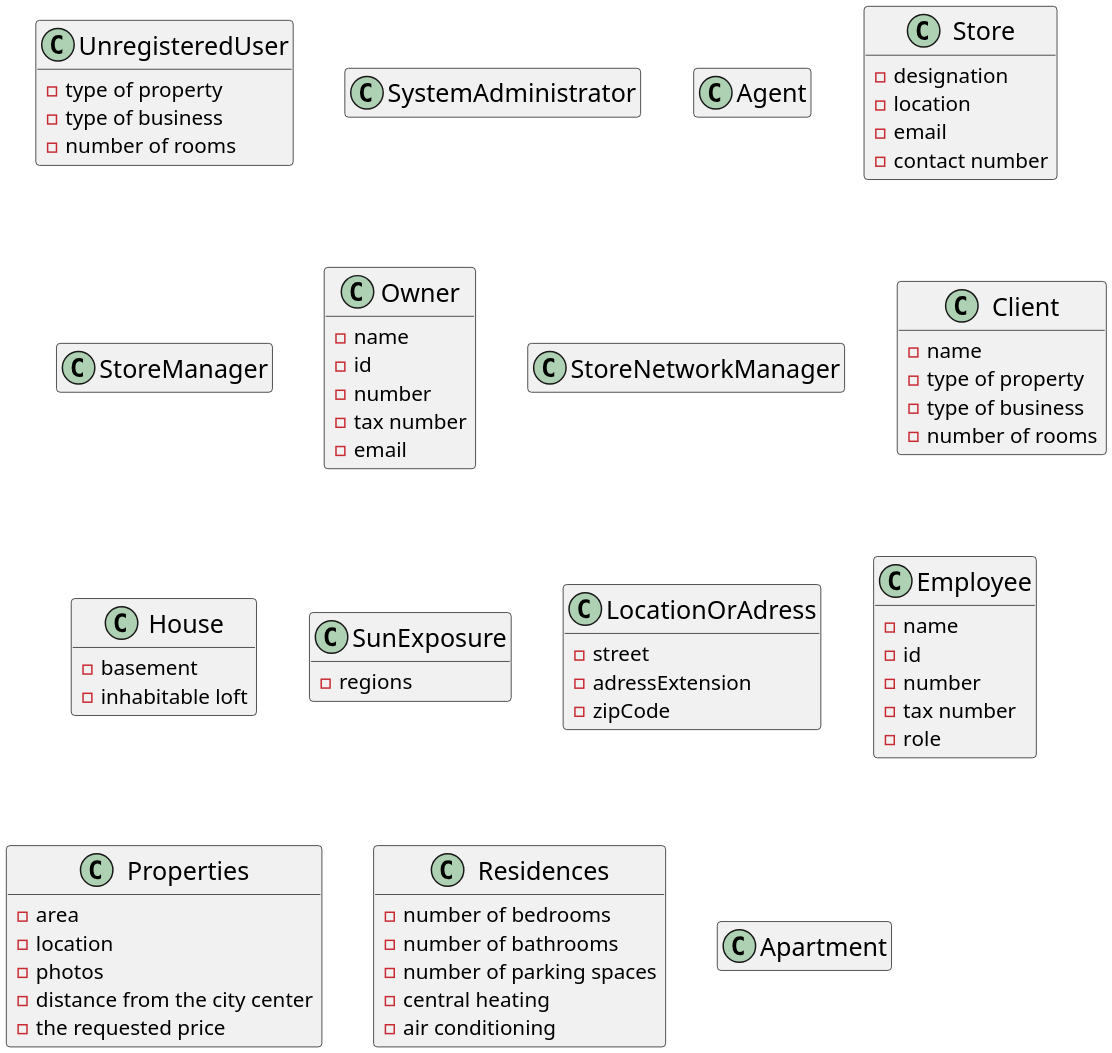
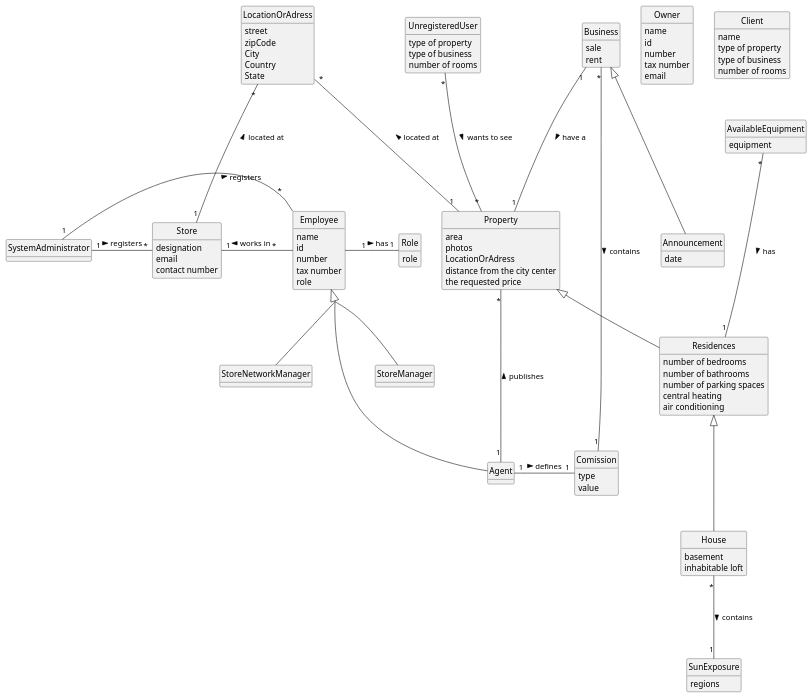
The diagram in docs/sprintA/global-artifacts/02.analysis/puml/project-domain-model.puml (PureNimble/ISEP-LAPR2), drawn with PlantUML before and after one commit.

Commit message:
Updating global domain model

```diff
--- a/docs/sprintA/global-artifacts/02.analysis/puml/project-domain-model.puml
+++ b/docs/sprintA/global-artifacts/02.analysis/puml/project-domain-model.puml
@@ -1,128 +1,197 @@
 @startuml
 
-skinparam group 3.0
-hide empty members
-skinparam ClassFontSize 17
-scale 2.5
+skinparam groupInheritance 2
+skinparam monochrome true
+skinparam packageStyle rectangle
+skinparam shadowing false
+'skinparam linetype ortho
+'left to right direction
+skinparam classAttributeIconSize 0
+hide circle
+hide methods
 
+class Announcement
+
+class AvailableEquipment
+
+class Business
 
 class UnregisteredUser
 
 class SystemAdministrator
 
 class Agent
 
 class Store
 
 class StoreManager
 
 class Owner
 
 class StoreNetworkManager
 
 class Client
 
 class House
 
 class SunExposure
 
 class LocationOrAdress
 
 class Employee
 
-class Properties
+class Property
 
 class Residences
 
+class Role
+
+class Comission
 
 class SystemAdministrator{
 }
 
 class Employee{
--name
--id
--number
--tax number
--role
+name
+id
+number
+tax number
+role
 }
 
 class Agent{
 
 }
 
 class Store{
--designation
--location
--email
--contact number
+designation
+email
+contact number
 }
 
 class StoreManager{
 
 }
 
 
 class Owner{
--name
--id
--number
--tax number
--email
+name
+id
+number
+tax number
+email
 }
 
 class StoreNetworkManager{
 }
 
 class Client{
--name
--type of property
--type of business
--number of rooms
-}
-
-class Apartment{
+name
+type of property
+type of business
+number of rooms
 }
 
 class House{
--basement
--inhabitable loft
+basement
+inhabitable loft
 }
 
 
 class SunExposure{
--regions
+regions
 }
 
 
 class LocationOrAdress{
--street
--adressExtension
--zipCode
+street
+zipCode
+City
+Country
+State
 }
 
-class Properties{
--area
--location
--photos
--distance from the city center
--the requested price
+class Property {
+   area
+   photos
+   LocationOrAdress
+   distance from the city center
+   the requested price
 }
 
 class Residences{
--number of bedrooms
--number of bathrooms
--number of parking spaces
--central heating
--air conditioning
+number of bedrooms
+number of bathrooms
+number of parking spaces
+central heating
+air conditioning
 }
 
 class UnregisteredUser{
--type of property
--type of business
--number of rooms
+type of property
+type of business
+number of rooms
+}
+
+class Role{
+role
+}
+
+class AvailableEquipment{
+equipment
+}
+
+class Business{
+sale
+rent
+}
+
+class Announcement{
+date
+}
+
+class Comission{
+    type
+    value
 }
 
 'Properties
+SystemAdministrator "1" - "*" Store : registers >
+
+LocationOrAdress "*" --- "1" Store : located at <
+
+Store "1" - "*" Employee : works in <
+
+SystemAdministrator "1" - "*" Employee : registers >
+
+Employee "1" - "1" Role : has >
+
+Employee <|--  StoreNetworkManager
+
+Employee <|--  StoreManager
+
+Employee <|-- Agent
+
+Residences <|--- House
+Property <|-- Residences
+
+Property "*" --- "1" Agent: publishes <
+
+AvailableEquipment "*" --- "1" Residences: has >
+
+Business  <|---  Announcement
+
+Business "1" --- "1" Property : have a >
+
+Business "*" --- "1" Comission : contains >
+
+Agent "1" - "1" Comission : defines >
+
+House "*" --- "1" SunExposure : contains >
+
+LocationOrAdress "*" --- "1" Property : located at <
+
+UnregisteredUser "*" --- "*" Property: wants to see >
 
 
 @enduml
```
